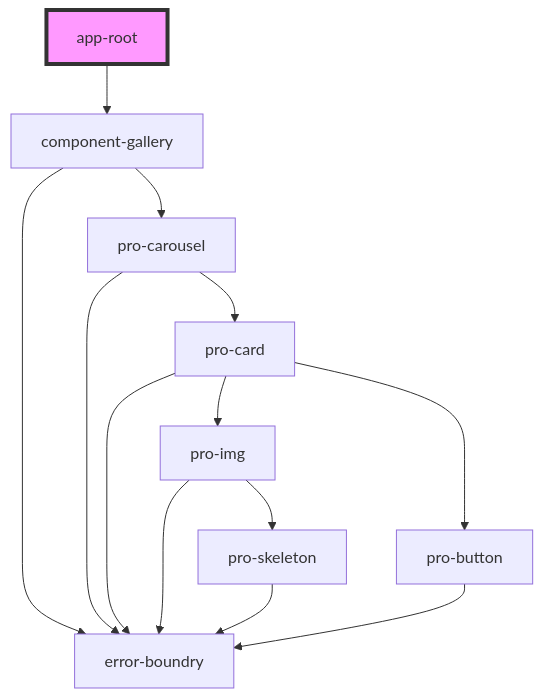
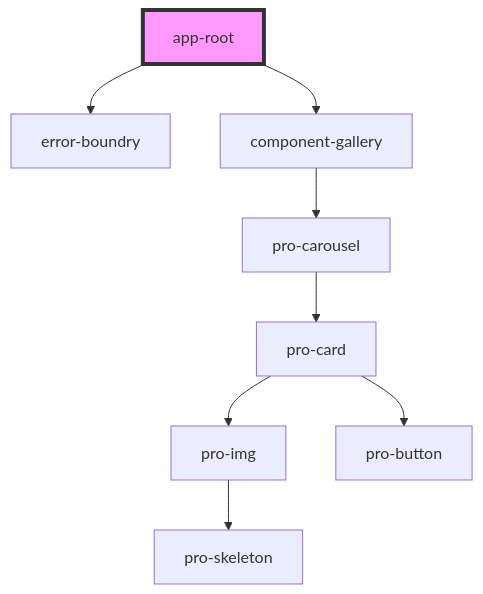
The diagram in src/readme.md (aab1dh/pro), drawn with Mermaid before and after one commit. The commit also changed other lines of this file and 18 other files, not shown here.

````diff
--- a/src/readme.md
+++ b/src/readme.md
@@ -15,16 +16,11 @@
 ```mermaid
 graph TD;
+  app-root --> error-boundry
   app-root --> component-gallery
-  component-gallery --> error-boundry
   component-gallery --> pro-carousel
-  pro-carousel --> error-boundry
   pro-carousel --> pro-card
-  pro-card --> error-boundry
   pro-card --> pro-img
   pro-card --> pro-button
-  pro-img --> error-boundry
   pro-img --> pro-skeleton
-  pro-skeleton --> error-boundry
-  pro-button --> error-boundry
   style app-root fill:#f9f,stroke:#333,stroke-width:4px
 ```
````
